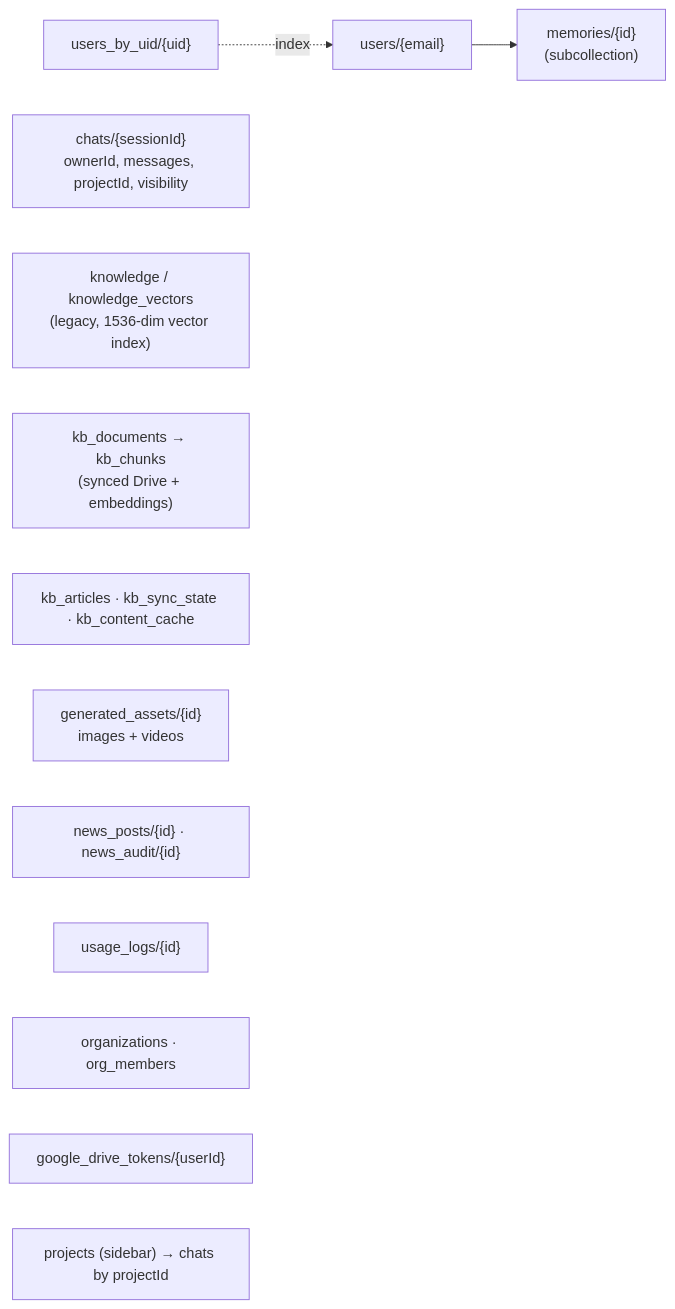
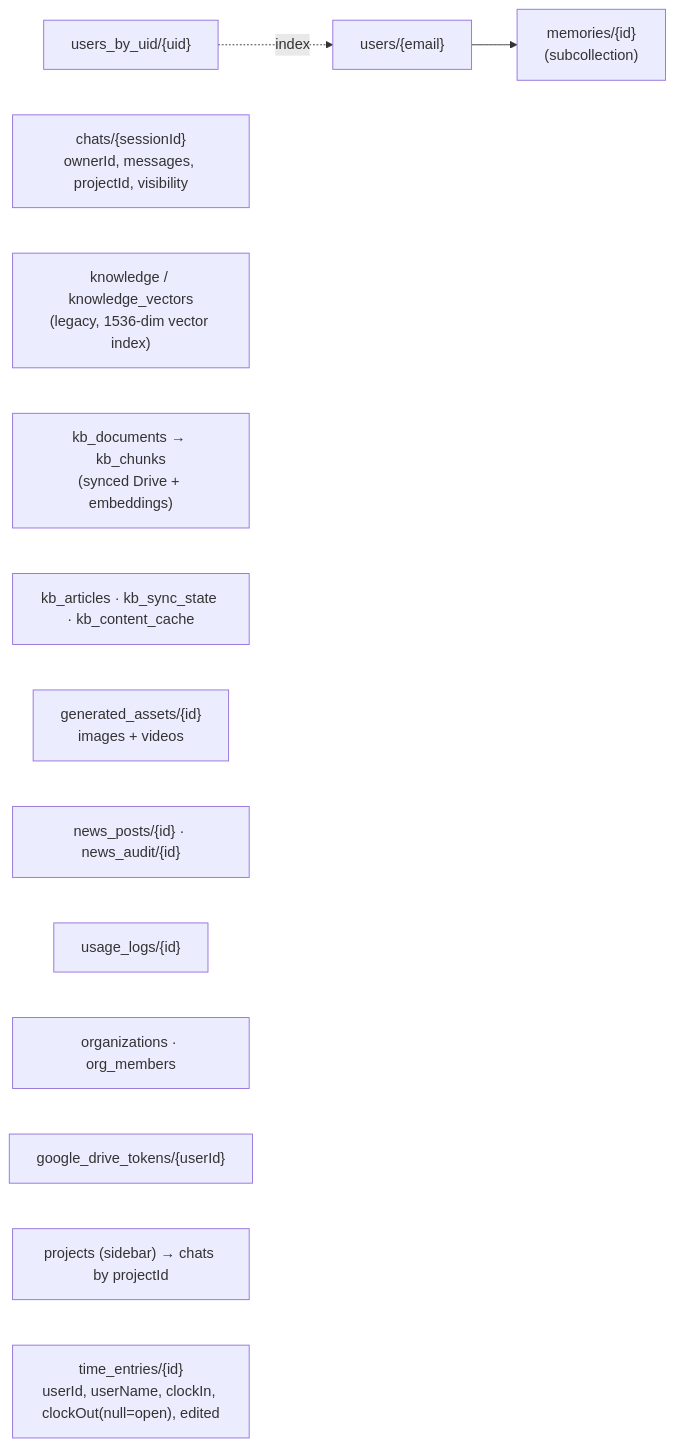
The eighth of 13 diagrams in docs/ARCHITECTURE.md (Havs5/Amble-AI), drawn with Mermaid before and after one commit. The commit also changed other lines of this file and 9 other files, not shown here.

First line of the commit message:
feat: Clock In/Out time clock (punch in/out, weekly timecard, manager panel)

````diff
--- a/docs/ARCHITECTURE.md
+++ b/docs/ARCHITECTURE.md
@@ -357,15 +361,16 @@
 ```mermaid
 flowchart LR
     U["users/{email}"] --> MEM["memories/{id}<br/>(subcollection)"]
     UBU["users_by_uid/{uid}"] -.->|index| U
     CH["chats/{sessionId}<br/>ownerId, messages, projectId, visibility"]
     KB1["knowledge / knowledge_vectors<br/>(legacy, 1536-dim vector index)"]
     KB2["kb_documents → kb_chunks<br/>(synced Drive + embeddings)"]
     KB3["kb_articles · kb_sync_state · kb_content_cache"]
     GA["generated_assets/{id}<br/>images + videos"]
     NW["news_posts/{id} · news_audit/{id}"]
     UL["usage_logs/{id}"]
     ORG["organizations · org_members"]
     GDT["google_drive_tokens/{userId}"]
     PR["projects (sidebar) → chats by projectId"]
+    TE["time_entries/{id}<br/>userId, userName, clockIn, clockOut(null=open), edited"]
 ```
````
